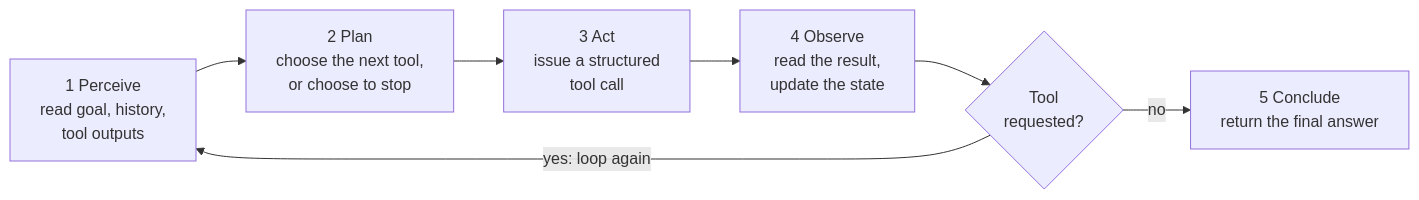
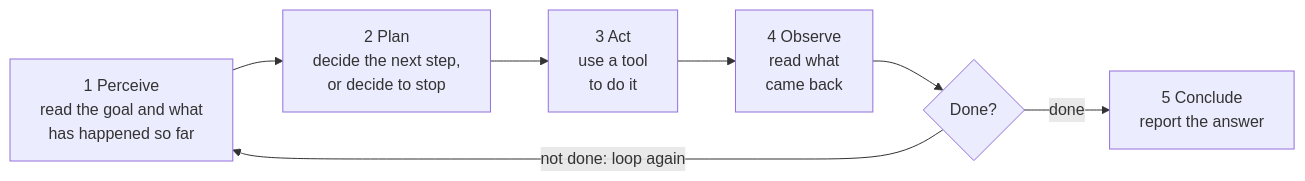
Before and after one commit to tyson-swetnam/AI-Automation-and-Agents: the first of 2 diagrams in docs/guest-lectures/agentic-ai-loops.md, drawn with Mermaid. The commit also changed other lines of this file and 7 other files, not shown here.

````diff
--- a/docs/guest-lectures/agentic-ai-loops.md
+++ b/docs/guest-lectures/agentic-ai-loops.md
@@ -135,9 +190,9 @@
 ```mermaid
 flowchart LR
-    P["1 Perceive<br/>read goal, history,<br/>tool outputs"] --> L["2 Plan<br/>choose the next tool,<br/>or choose to stop"]
-    L --> A["3 Act<br/>issue a structured<br/>tool call"]
-    A --> O["4 Observe<br/>read the result,<br/>update the state"]
-    O --> D{"Tool<br/>requested?"}
-    D -- "yes: loop again" --> P
-    D -- "no" --> C["5 Conclude<br/>return the final answer"]
+    P["1 Perceive<br/>read the goal and what<br/>has happened so far"] --> L["2 Plan<br/>decide the next step,<br/>or decide to stop"]
+    L --> A["3 Act<br/>use a tool<br/>to do it"]
+    A --> O["4 Observe<br/>read what<br/>came back"]
+    O --> D{"Done?"}
+    D -- "not done: loop again" --> P
+    D -- "done" --> C["5 Conclude<br/>report the answer"]
 ```
````
